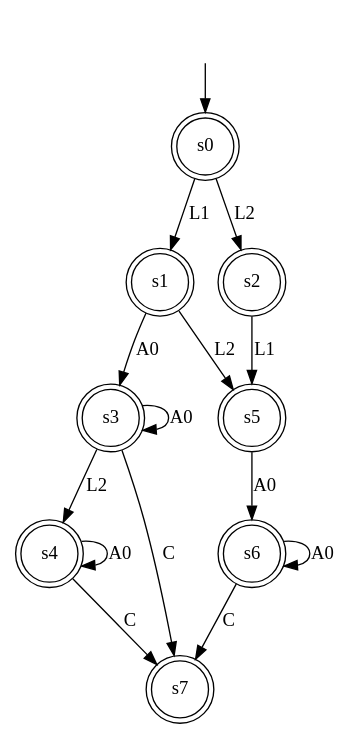
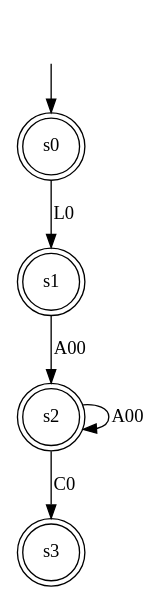
The diagram in data/our_models/magento_1_m.dot (tomyaacov/lstar_dont_care), drawn with Graphviz before and after one commit. The commit also changed 54 other files, not shown here.

```diff
--- a/data/our_models/magento_1_m.dot
+++ b/data/our_models/magento_1_m.dot
@@ -1,25 +1,12 @@
 digraph "data/our_models/magento_1_m" {
 s0 [label=s0, shape=doublecircle];
 s1 [label=s1, shape=doublecircle];
 s2 [label=s2, shape=doublecircle];
 s3 [label=s3, shape=doublecircle];
-s4 [label=s4, shape=doublecircle];
-s5 [label=s5, shape=doublecircle];
-s6 [label=s6, shape=doublecircle];
-s7 [label=s7, shape=doublecircle];
-s0 -> s1  [label=L1];
-s0 -> s2  [label=L2];
-s1 -> s5  [label=L2];
-s1 -> s3  [label=A0];
-s2 -> s5  [label=L1];
-s3 -> s4  [label=L2];
-s3 -> s7  [label=C];
-s3 -> s3  [label=A0];
-s4 -> s7  [label=C];
-s4 -> s4  [label=A0];
-s5 -> s6  [label=A0];
-s6 -> s7  [label=C];
-s6 -> s6  [label=A0];
+s0 -> s1  [label=L0];
+s1 -> s2  [label=A00];
+s2 -> s3  [label=C0];
+s2 -> s2  [label=A00];
 __start0 [label="", shape=none];
 __start0 -> s0  [label=""];
 }
```
